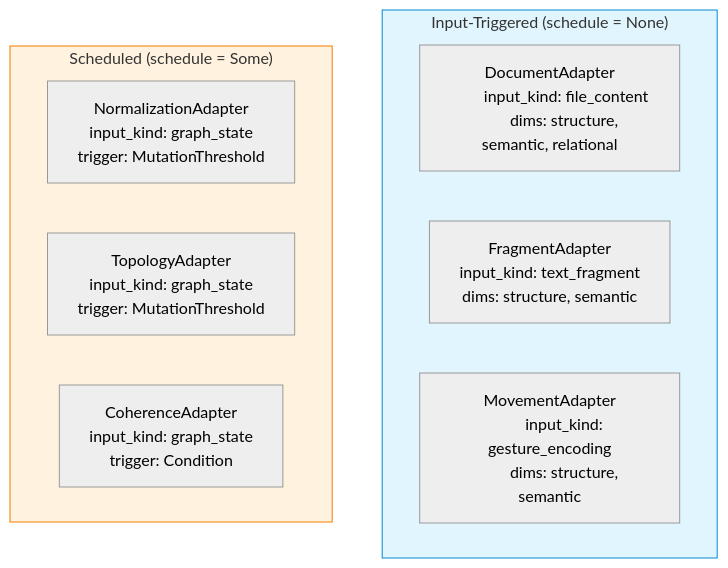
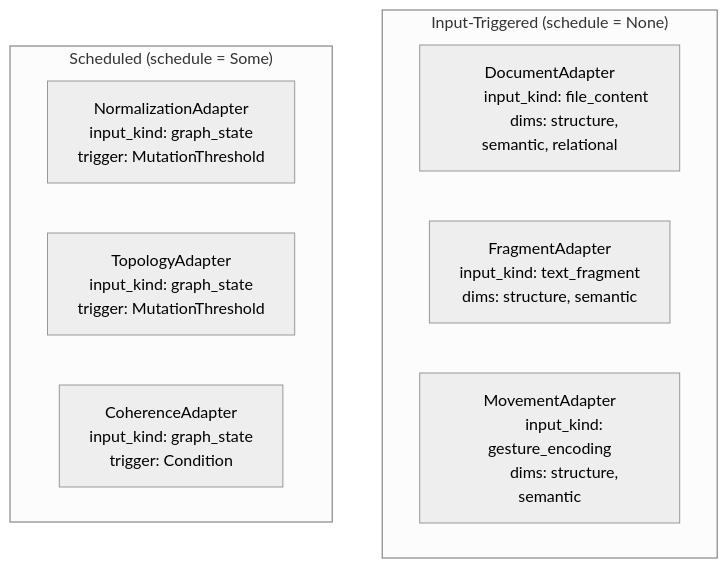
The third of 7 diagrams in docs/semantic-adapters-design.md (nrgforge/plexus), drawn with Mermaid (neutral theme) before and after one commit. The commit also changed other lines of this file and 1 other file, not shown here.

Commit message:
docs: remove background colors from mermaid diagrams

````diff
--- a/docs/semantic-adapters-design.md
+++ b/docs/semantic-adapters-design.md
@@ -185,31 +185,29 @@
 ```mermaid
 flowchart TB
     subgraph input_triggered ["Input-Triggered (schedule = None)"]
         direction LR
         da["DocumentAdapter
         input_kind: file_content
         dims: structure, semantic, relational"]
         fa["FragmentAdapter
         input_kind: text_fragment
         dims: structure, semantic"]
         ma["MovementAdapter
         input_kind: gesture_encoding
         dims: structure, semantic"]
     end
 
     subgraph scheduled ["Scheduled (schedule = Some)"]
         direction LR
         na["NormalizationAdapter
         input_kind: graph_state
         trigger: MutationThreshold"]
         ta["TopologyAdapter
         input_kind: graph_state
         trigger: MutationThreshold"]
         ca["CoherenceAdapter
         input_kind: graph_state
         trigger: Condition"]
     end
 
-    style input_triggered fill:#e1f5fe,stroke:#0288d1
-    style scheduled fill:#fff3e0,stroke:#f57c00
 ```
````
